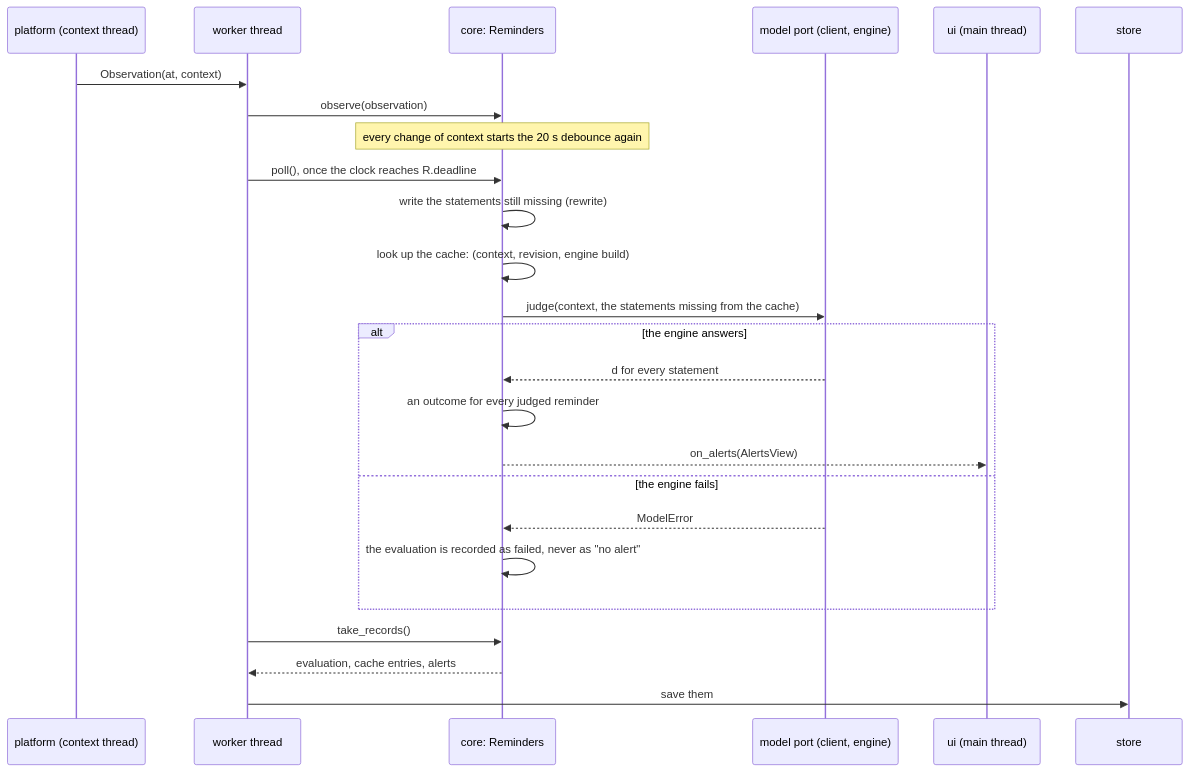
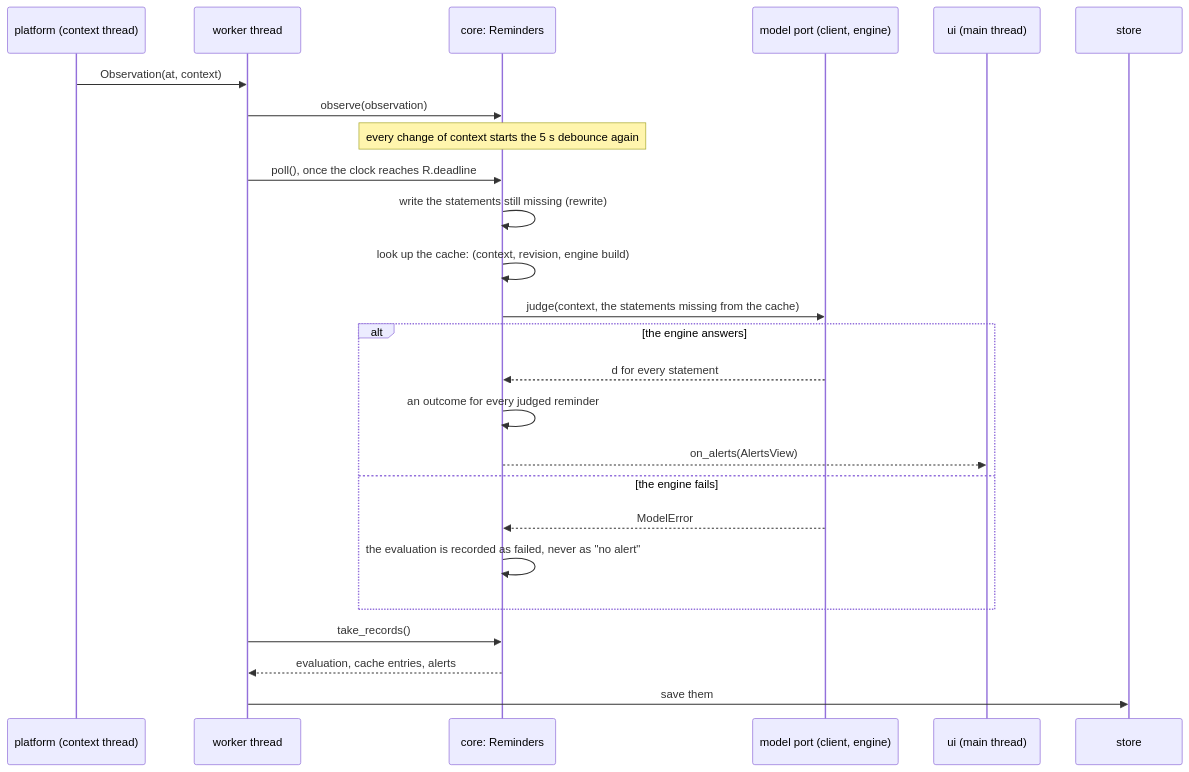
The diagram in docs/design/pipeline.md (devfrx/jiffin), drawn with Mermaid before and after one commit. The commit also changed 10 other files, not shown here.

````diff
--- a/docs/design/pipeline.md
+++ b/docs/design/pipeline.md
@@ -8,28 +8,28 @@
 ```mermaid
 sequenceDiagram
     participant P as platform (context thread)
     participant W as worker thread
     participant R as core: Reminders
     participant M as model port (client, engine)
     participant U as ui (main thread)
     participant S as store
 
     P->>W: Observation(at, context)
     W->>R: observe(observation)
-    Note over R: every change of context starts the 20 s debounce again
+    Note over R: every change of context starts the 5 s debounce again
     W->>R: poll(), once the clock reaches R.deadline
     R->>R: write the statements still missing (rewrite)
     R->>R: look up the cache: (context, revision, engine build)
     R->>M: judge(context, the statements missing from the cache)
     alt the engine answers
         M-->>R: d for every statement
         R->>R: an outcome for every judged reminder
         R-->>U: on_alerts(AlertsView)
     else the engine fails
         M-->>R: ModelError
         R->>R: the evaluation is recorded as failed, never as "no alert"
     end
     W->>R: take_records()
     R-->>W: evaluation, cache entries, alerts
     W->>S: save them
 ```
````
